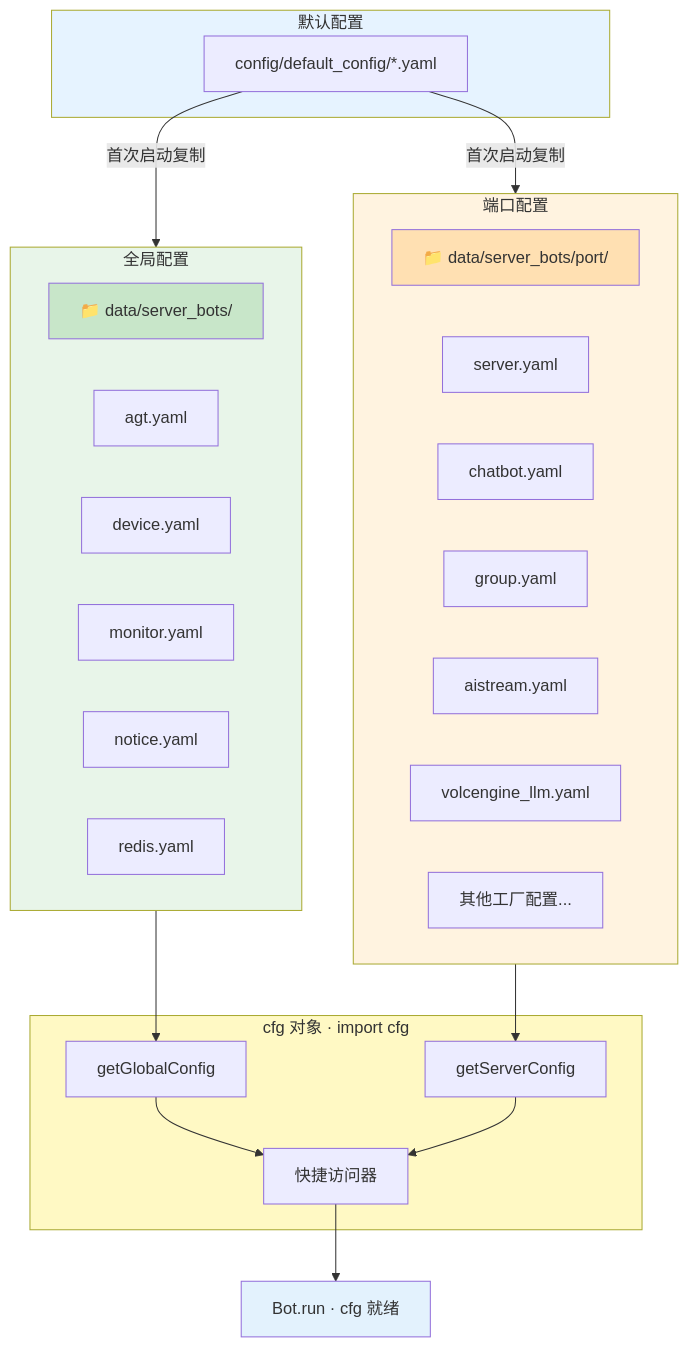
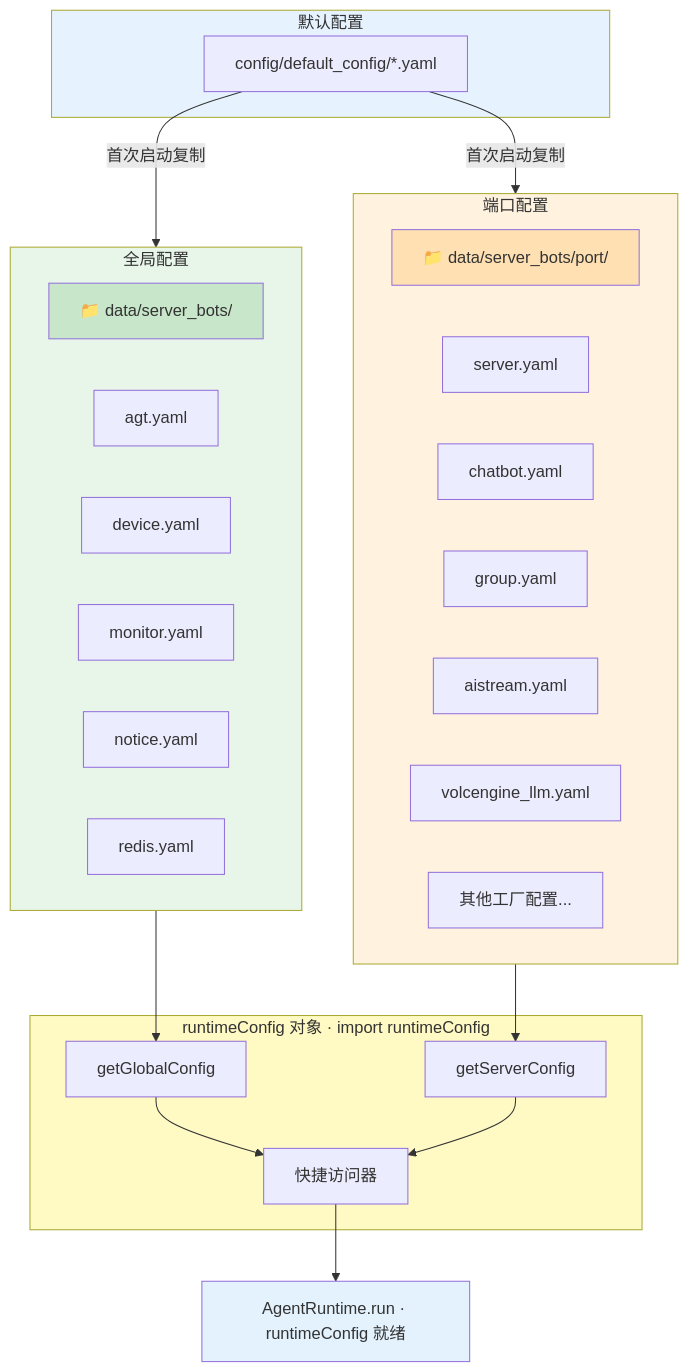
One commit to sunflowermm/XRK-AGT changed the first of 8 diagrams in docs/app-dev.md. Above: the diagram before and after it, drawn with Mermaid. The commit also changed other lines of this file and 315 other files, not shown here.

````diff
--- a/docs/app-dev.md
+++ b/docs/app-dev.md
@@ -33,47 +33,47 @@
 ```mermaid
 flowchart TB
     subgraph Default["默认配置"]
         D1["config/default_config/*.yaml"]
     end
 
     subgraph Global["全局配置"]
         pathG["📁 data/server_bots/"]
         G1["agt.yaml"]
         G2["device.yaml"]
         G3["monitor.yaml"]
         G4["notice.yaml"]
         G5["redis.yaml"]
     end
 
     subgraph Server["端口配置"]
         pathS["📁 data/server_bots/port/"]
         S1["server.yaml"]
         S2["chatbot.yaml"]
         S3["group.yaml"]
         S4["aistream.yaml"]
         S5["volcengine_llm.yaml"]
         S6["其他工厂配置..."]
     end
 
-    subgraph Cfg["cfg 对象 · import cfg"]
+    subgraph Cfg["runtimeConfig 对象 · import runtimeConfig"]
         C1["getGlobalConfig"]
         C2["getServerConfig"]
         C3["快捷访问器"]
     end
 
     D1 -->|首次启动复制| Global
     D1 -->|首次启动复制| Server
     Global --> C1
     Server --> C2
     C1 --> C3
     C2 --> C3
-    C3 --> Bot["Bot.run · cfg 就绪"]
+    C3 --> AgentRuntime["AgentRuntime.run · runtimeConfig 就绪"]
 
     style Default fill:#E6F3FF
     style Global fill:#E8F5E9
     style Server fill:#FFF3E0
     style Cfg fill:#FFF9C4
-    style Bot fill:#E3F2FD
+    style AgentRuntime fill:#E3F2FD
     style pathG fill:#C8E6C9
     style pathS fill:#FFE0B2
 ```
````
